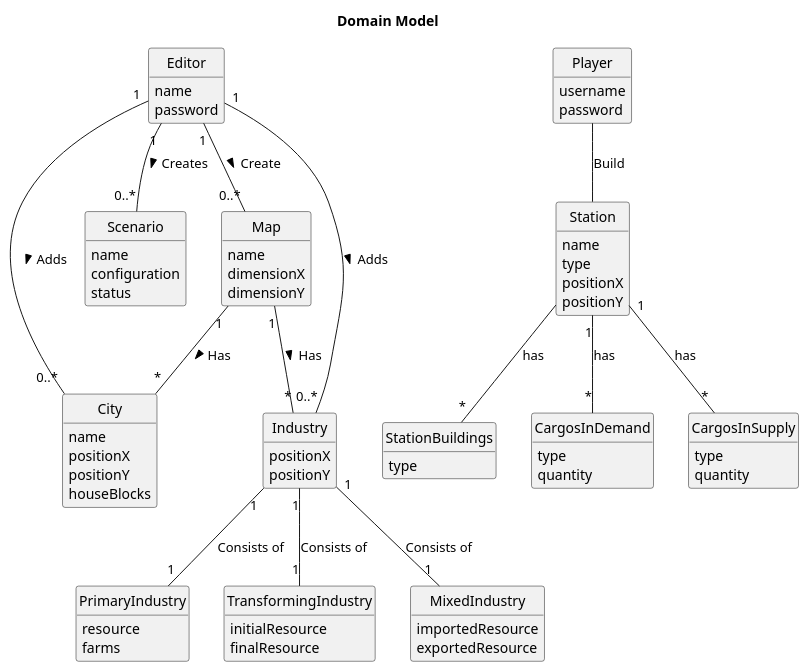
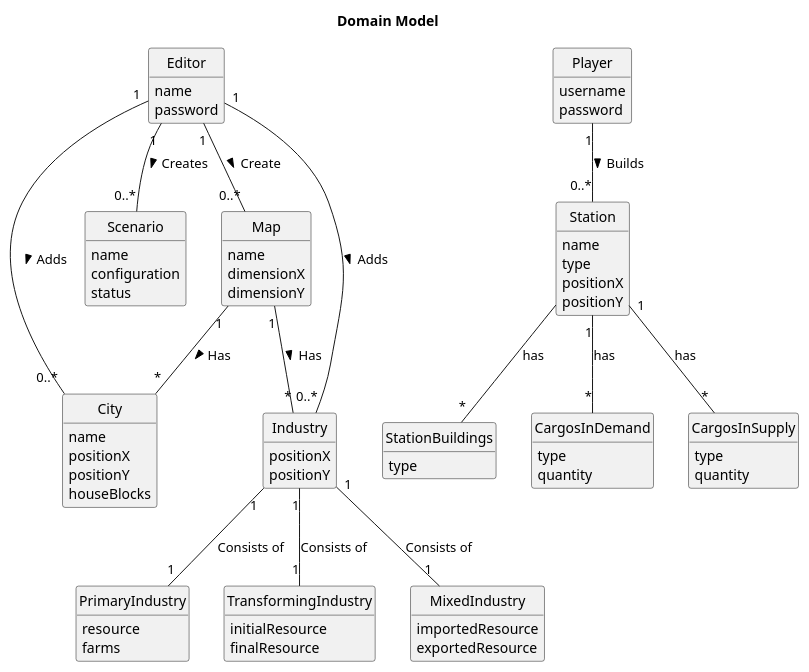
Before and after one commit to bruno-monteiro5/sem2-pi-24.25-g132-repo: the diagram in docs/system-documentation/global-artifacts/02.analysis/puml/DM.puml, drawn with PlantUML. The commit also changed 3 other files, not shown here.

```diff
--- a/docs/system-documentation/global-artifacts/02.analysis/puml/DM.puml
+++ b/docs/system-documentation/global-artifacts/02.analysis/puml/DM.puml
@@ -1,99 +1,100 @@
 @startuml
 skinparam monochrome true
 skinparam packageStyle rectangle
 skinparam shadowing false
 'skinparam linetype ortho
 'left to right direction
 skinparam classAttributeIconSize 0
 hide circle
 hide methods
 title Domain Model
 
 class Editor {
 name
 password
 }
 
 class Map {
 name
 dimensionX
 dimensionY
  }
 
 class Scenario {
 name
 configuration
 status
 }
 
 
 class City {
 name
 positionX
 positionY
 houseBlocks
 }
 
 class Industry {
 positionX
 positionY
 }
 
 class PrimaryIndustry {
     resource
     farms
 }
 
 class TransformingIndustry {
     initialResource
     finalResource
 }
 
 class MixedIndustry {
     importedResource
     exportedResource
 }
 
 class Player {
     username
     password
 }
 
 class Station {
     name
     type
     positionX
     positionY
 }
 
 class StationBuildings {
     type
 }
 class CargosInDemand {
     type
     quantity
 }
 class CargosInSupply {
     type
     quantity
 }
 
 
 
 Editor "1" -- "0..*" Map : Create >
 Editor "1" -- "0..*" Industry : Adds >
 Editor "1" -- "0..*" City : Adds >
 Editor "1" -- "0..*" Scenario : Creates >
 
 Map "1" -- "*" Industry : Has >
 Map "1" -- "*" City : Has >
 
 Industry "1" -- "1" PrimaryIndustry : Consists of
 Industry "1" -- "1" TransformingIndustry : Consists of
 Industry "1" -- "1" MixedIndustry : Consists of
 
-Player -- Station : Build
+Player "1" -- "0..*" Station : Builds >
+
 Station -- "*" StationBuildings : has
 Station "1" -- "*" CargosInDemand : has
 Station "1" -- "*" CargosInSupply : has
 @enduml
```
